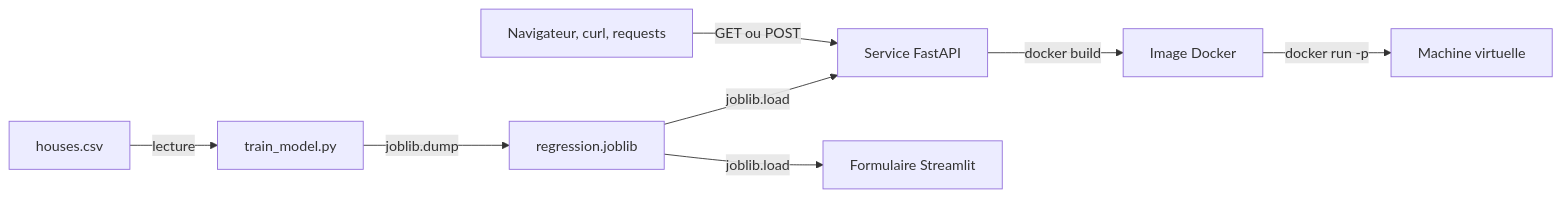
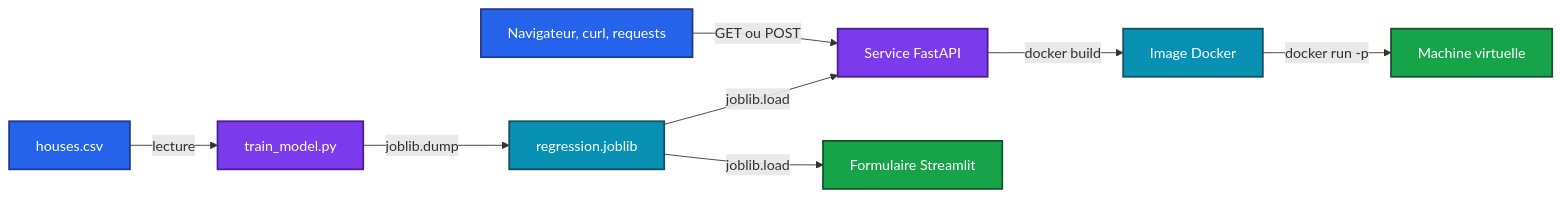
One commit to Adam-Blf/house-price-api changed the diagram in README.md. Above: the diagram before and after it, drawn with Mermaid.

Commit message:
docs: add colors to mermaid diagrams (#4)
Each node gets a palette class (by subgraph or by flow depth), subgraphs are tinted, non-flowchart diagrams use a colored base theme. Validated by rendering every diagram before and after.

````diff
--- a/README.md
+++ b/README.md
@@ -18,10 +18,19 @@
 ```mermaid
 flowchart LR
     H[houses.csv] -->|lecture| T[train_model.py]
     T -->|joblib.dump| M[regression.joblib]
     M -->|joblib.load| API[Service FastAPI]
     M -->|joblib.load| ST[Formulaire Streamlit]
     CLI[Navigateur, curl, requests] -->|GET ou POST| API
     API -->|docker build| IMG[Image Docker]
     IMG -->|docker run -p| VM[Machine virtuelle]
+
+    classDef c0 fill:#2563eb,stroke:#1e3a8a,stroke-width:2px,color:#ffffff
+    classDef c1 fill:#7c3aed,stroke:#4c1d95,stroke-width:2px,color:#ffffff
+    classDef c2 fill:#0891b2,stroke:#164e63,stroke-width:2px,color:#ffffff
+    classDef c3 fill:#16a34a,stroke:#14532d,stroke-width:2px,color:#ffffff
+    class H,CLI c0
+    class T,API c1
+    class M,IMG c2
+    class ST,VM c3
 ```
````
